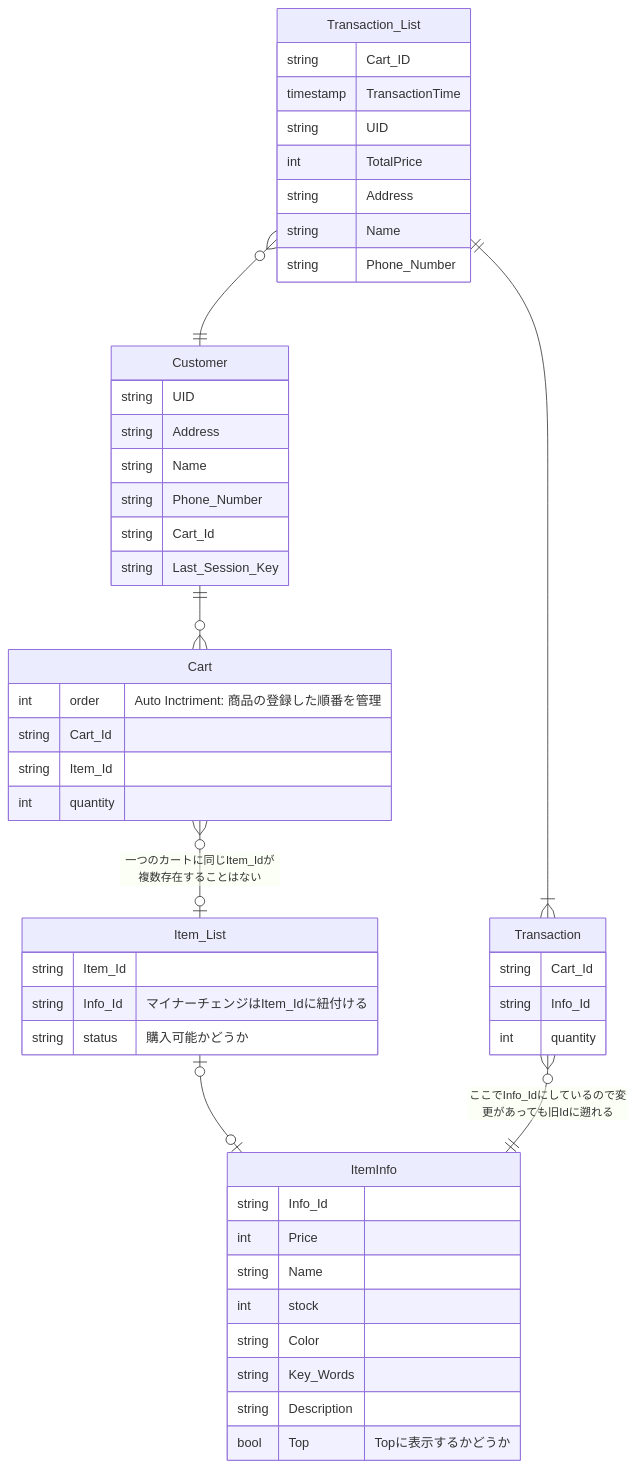
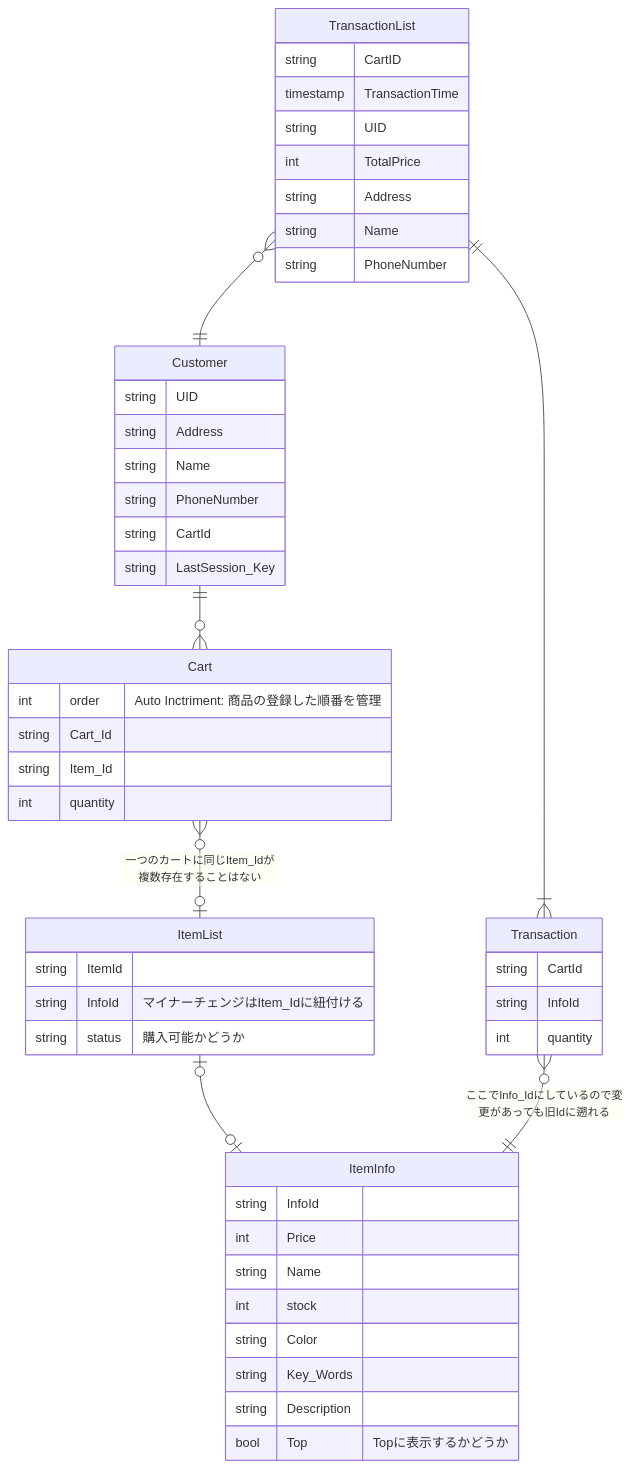
Before and after one commit to WhatACotton/CharisWorks-BackEnd: the sixth of 6 diagrams in README.md, drawn with Mermaid. The commit also changed other lines of this file and 19 other files, not shown here.

````diff
--- a/README.md
+++ b/README.md
@@ -154,59 +141,59 @@
 ```mermaid
 erDiagram
 Customer||--o{Cart:""
-Cart}o--o|Item_List:"一つのカートに同じItem_Idが複数存在することはない"
-Item_List|o--o|ItemInfo:""
+Cart}o--o|ItemList:"一つのカートに同じItem_Idが複数存在することはない"
+ItemList|o--o|ItemInfo:""
 Transaction}o--||ItemInfo:"ここでInfo_Idにしているので変更があっても旧Idに遡れる"
-Transaction_List }o--||Customer:""
-Transaction_List ||--|{Transaction:""
+TransactionList }o--||Customer:""
+TransactionList ||--|{Transaction:""
 
 Customer{
  string UID
  string Address
  string Name
- string Phone_Number
- string Cart_Id
- string Last_Session_Key
+ string PhoneNumber
+ string CartId
+ string LastSession_Key
 }
 
-Transaction_List{
- string Cart_ID
+TransactionList{
+ string CartID
  timestamp TransactionTime
  string UID
  int TotalPrice
  string Address
  string Name
- string Phone_Number
+ string PhoneNumber
 }
 
 Transaction{
- string Cart_Id
- string Info_Id
+ string CartId
+ string InfoId
  int quantity
 }
 
 
 
 Cart{
  int order "Auto Inctriment: 商品の登録した順番を管理"
  string Cart_Id
  string Item_Id
  int quantity
 }
 
-Item_List{
- string Item_Id
- string Info_Id "マイナーチェンジはItem_Idに紐付ける"
+ItemList{
+ string ItemId
+ string InfoId "マイナーチェンジはItem_Idに紐付ける"
  string status "購入可能かどうか"
 }
 ItemInfo{
- string Info_Id
+ string InfoId
  int Price
  string Name
  int stock
  string Color
  string Key_Words
  string Description
  bool Top "Topに表示するかどうか"
 }
 ```
````
